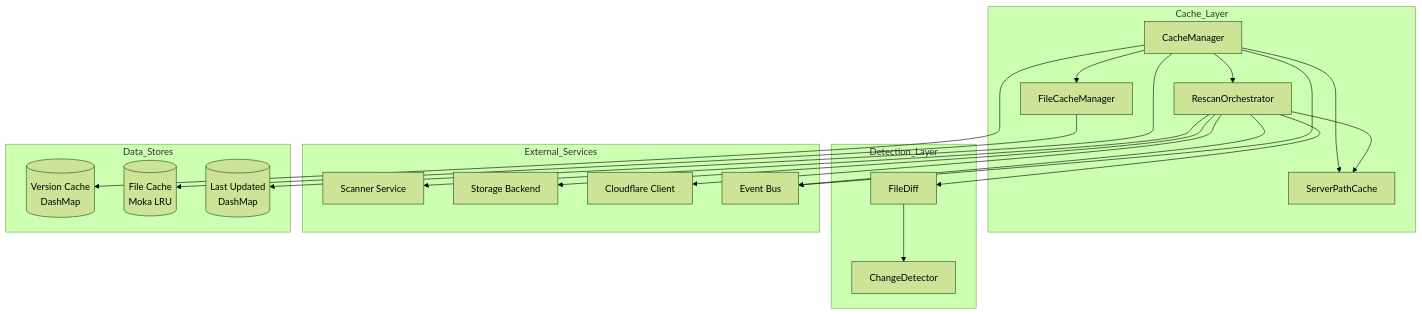
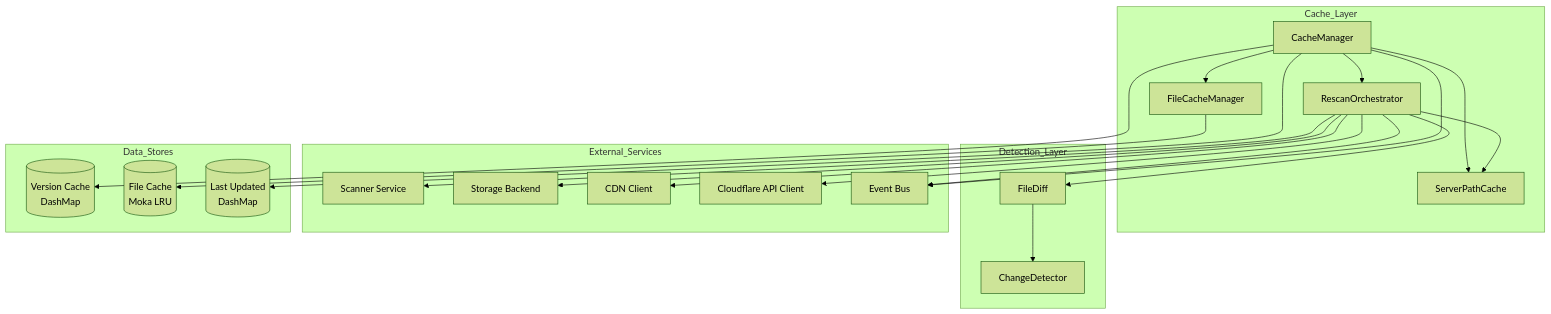
One commit to Lighty-Launcher/LightyUpdater changed the first of 3 diagrams in crates/cache/docs/architecture.md. Above: the diagram before and after it, drawn with Mermaid (forest theme). The commit also changed other lines of this file and 13 other files, not shown here.

````diff
--- a/crates/cache/docs/architecture.md
+++ b/crates/cache/docs/architecture.md
@@ -9,46 +9,48 @@
 ```mermaid
 graph TB
     subgraph Cache_Layer
         CM[CacheManager]
         FCM[FileCacheManager]
         RO[RescanOrchestrator]
         SPC[ServerPathCache]
     end
 
     subgraph Detection_Layer
         FD[FileDiff]
         CD[ChangeDetector]
     end
 
     subgraph External_Services
         Scanner[Scanner Service]
         Storage[Storage Backend]
-        CF[Cloudflare Client]
+        CDN[CDN Client]
+        CF[Cloudflare API Client]
         Events[Event Bus]
     end
 
     subgraph Data_Stores
         VCache[(Version Cache<br/>DashMap)]
         FCache[(File Cache<br/>Moka LRU)]
         LastUpdate[(Last Updated<br/>DashMap)]
     end
 
     CM --> FCM
     CM --> RO
     CM --> SPC
     CM --> VCache
     CM --> LastUpdate
 
     RO --> FD
     RO --> Scanner
     RO --> Storage
+    RO --> CDN
     RO --> CF
     RO --> Events
     RO --> SPC
 
     FCM --> FCache
 
     FD --> CD
 
     CM --> Events
 ```
````
